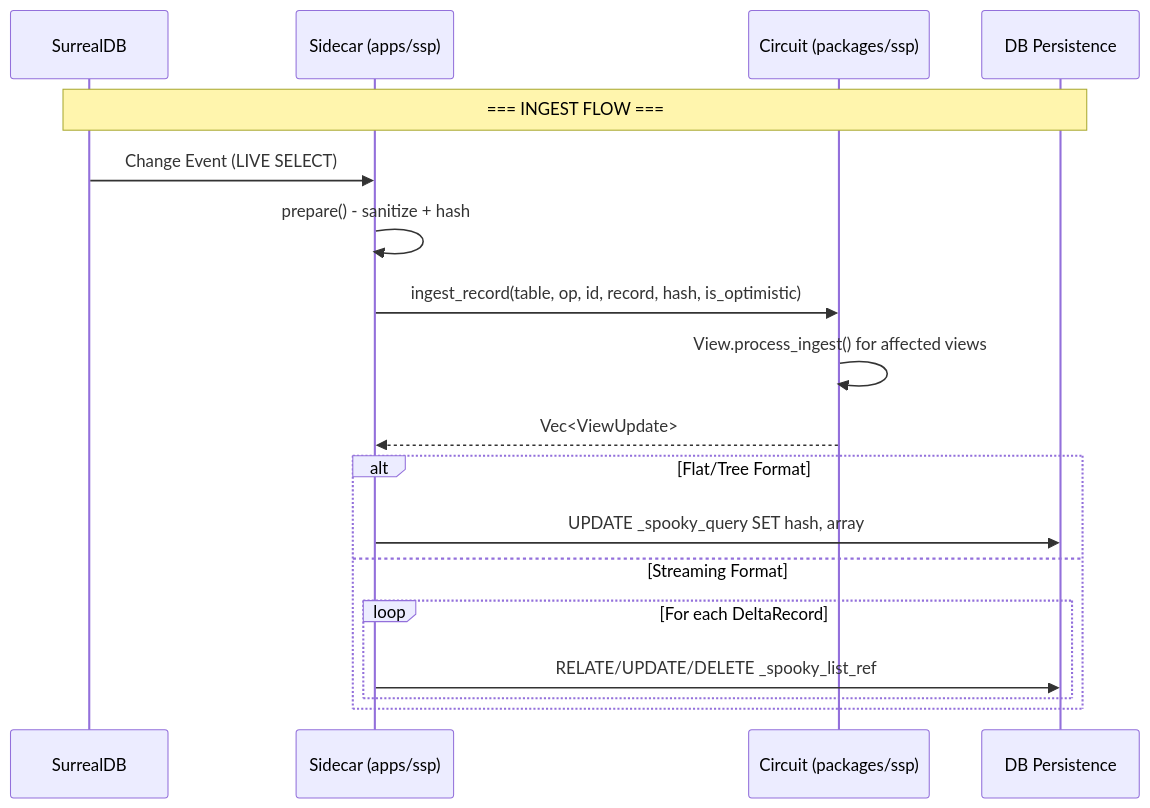
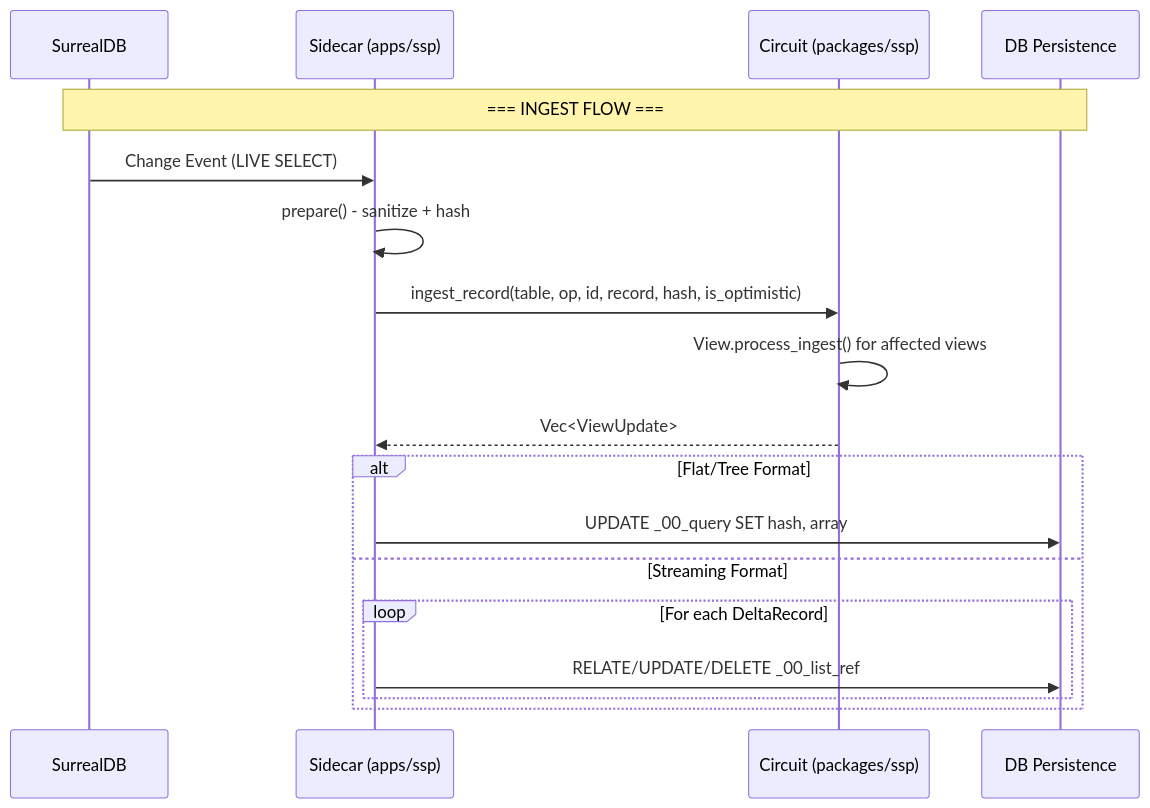
The diagram in packages/ssp/README.md (mono424/spooky), drawn with Mermaid before and after one commit. The commit also changed other lines of this file and 198 other files, not shown here.

````diff
--- a/packages/ssp/README.md
+++ b/packages/ssp/README.md
@@ -94,23 +94,23 @@
 ```mermaid
 sequenceDiagram
     participant DB as SurrealDB
     participant SC as Sidecar (apps/ssp)
     participant DBSP as Circuit (packages/ssp)
     participant OUT as DB Persistence
 
     Note over DB,OUT: === INGEST FLOW ===
 
     DB->>SC: Change Event (LIVE SELECT)
     SC->>SC: prepare() - sanitize + hash
     SC->>DBSP: ingest_record(table, op, id, record, hash, is_optimistic)
     DBSP->>DBSP: View.process_ingest() for affected views
     DBSP-->>SC: Vec<ViewUpdate>
 
     alt Flat/Tree Format
-        SC->>OUT: UPDATE _spooky_query SET hash, array
+        SC->>OUT: UPDATE _00_query SET hash, array
     else Streaming Format
         loop For each DeltaRecord
-            SC->>OUT: RELATE/UPDATE/DELETE _spooky_list_ref
+            SC->>OUT: RELATE/UPDATE/DELETE _00_list_ref
         end
     end
 ```
````
